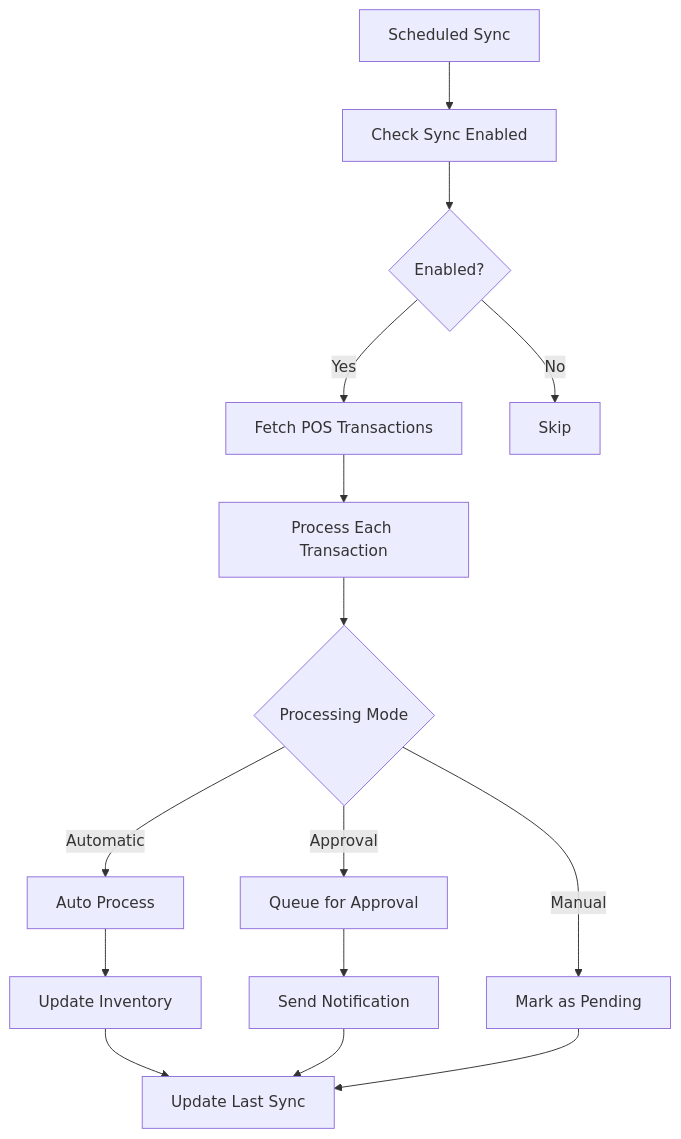
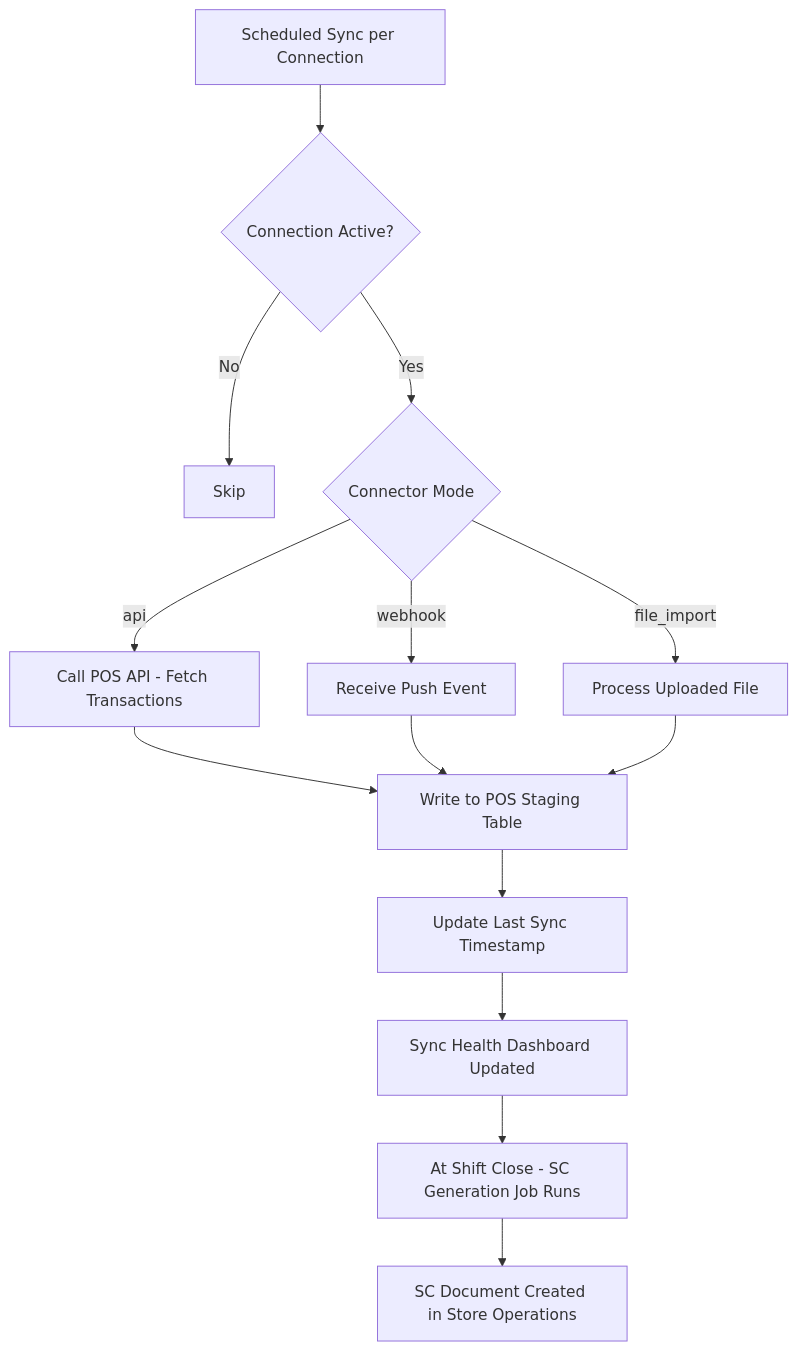
One commit to PeakMNA/carmen changed diagram 12 of 12 in docs/app/system-administration/system-integrations/pos-integration/FD-pos-integration.md. Above: the diagram before and after it, drawn with Mermaid. The commit also changed other lines of this file and 19 other files, not shown here.

First line of the commit message:
docs: add Sales Consumption docs and update POS/ME/Inventory references

````diff
--- a/docs/app/system-administration/system-integrations/pos-integration/FD-pos-integration.md
+++ b/docs/app/system-administration/system-integrations/pos-integration/FD-pos-integration.md
@@ -184,17 +224,16 @@
 ```mermaid
 graph TD
-    A[Scheduled Sync] --> B[Check Sync Enabled]
-    B --> C{Enabled?}
-    C -->|Yes| D[Fetch POS Transactions]
-    C -->|No| E[Skip]
-    D --> F[Process Each Transaction]
-    F --> G{Processing Mode}
-    G -->|Automatic| H[Auto Process]
-    G -->|Approval| I[Queue for Approval]
-    G -->|Manual| J[Mark as Pending]
-    H --> K[Update Inventory]
-    I --> L[Send Notification]
-    K --> M[Update Last Sync]
-    L --> M
-    J --> M
+    A[Scheduled Sync per Connection] --> B{Connection Active?}
+    B -->|No| C[Skip]
+    B -->|Yes| D{Connector Mode}
+    D -->|api| E[Call POS API - Fetch Transactions]
+    D -->|webhook| F[Receive Push Event]
+    D -->|file_import| G[Process Uploaded File]
+    E --> H[Write to POS Staging Table]
+    F --> H
+    G --> H
+    H --> I[Update Last Sync Timestamp]
+    I --> J[Sync Health Dashboard Updated]
+    J --> K[At Shift Close - SC Generation Job Runs]
+    K --> L[SC Document Created in Store Operations]
 ```
````
